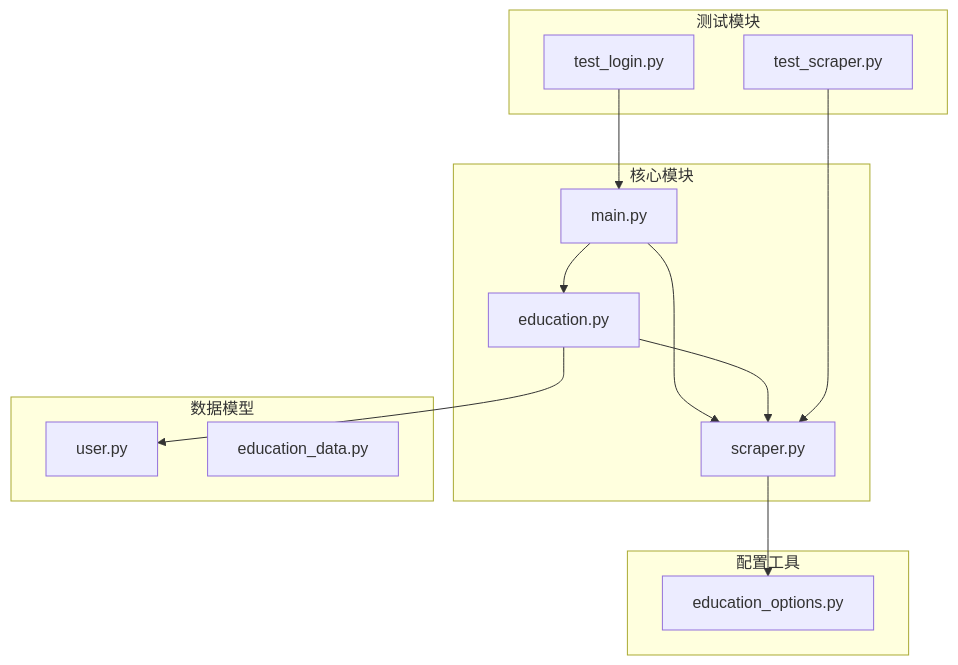
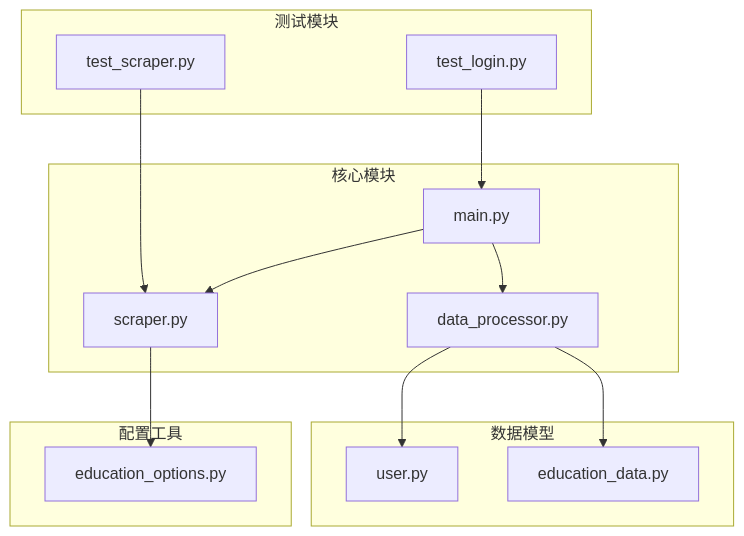
One commit to ghbbn053-ship-itsoulddog/soulddog changed the fourth of 4 diagrams in .qoder/repowiki/zh/content/后端API文档/学术数据查询API/学术数据查询API.md. Above: the diagram before and after it, drawn with Mermaid. The commit also changed other lines of this file and 47 other files, not shown here.

````diff
--- a/.qoder/repowiki/zh/content/后端API文档/学术数据查询API/学术数据查询API.md
+++ b/.qoder/repowiki/zh/content/后端API文档/学术数据查询API/学术数据查询API.md
@@ -541,26 +797,26 @@
 ```mermaid
 graph TB
 subgraph "核心模块"
 MAIN[main.py]
 SCRAPER[scraper.py]
-EDUCATION_API[education.py]
+DATA_PROCESSOR[data_processor.py]
 end
 subgraph "数据模型"
 USER_MODEL[user.py]
 EDUCATION_MODEL[education_data.py]
 end
 subgraph "配置工具"
 OPTIONS[education_options.py]
 end
 subgraph "测试模块"
 TEST_SCRAPER[test_scraper.py]
 TEST_LOGIN[test_login.py]
 end
 MAIN --> SCRAPER
-MAIN --> EDUCATION_API
-EDUCATION_API --> SCRAPER
-EDUCATION_API --> USER_MODEL
+MAIN --> DATA_PROCESSOR
+DATA_PROCESSOR --> USER_MODEL
+DATA_PROCESSOR --> EDUCATION_MODEL
 SCRAPER --> OPTIONS
 TEST_SCRAPER --> SCRAPER
 TEST_LOGIN --> MAIN
 ```
````
